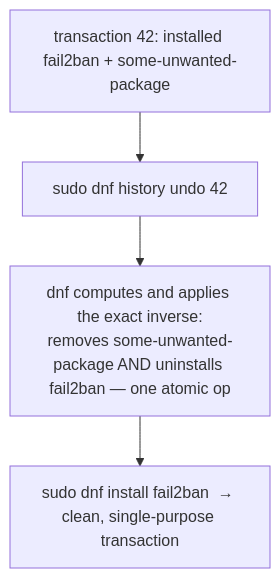
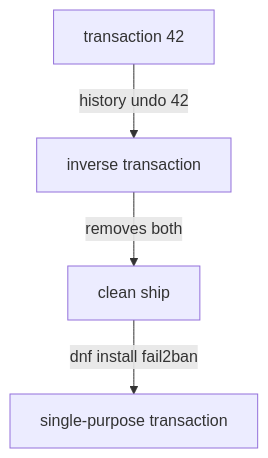
The diagram in sections/section-060/module-03/course-02-removing-and-history.md (astrona-io/ATS002), drawn with Mermaid before and after one commit. The commit also changed other lines of this file and 615 other files, not shown here.

````diff
--- a/sections/section-060/module-03/course-02-removing-and-history.md
+++ b/sections/section-060/module-03/course-02-removing-and-history.md
@@ -48,6 +64,6 @@
 ```mermaid
-flowchart TD
-    T["transaction 42: installed fail2ban + some-unwanted-package"] --> U["sudo dnf history undo 42"]
-    U --> INV["dnf computes and applies the exact inverse:<br/>removes some-unwanted-package AND uninstalls fail2ban — one atomic op"]
-    INV --> C["sudo dnf install fail2ban  → clean, single-purpose transaction"]
+flowchart TB
+    T["transaction 42"] -->|"history undo 42"| U["inverse transaction"]
+    U -->|"removes both"| C["clean ship"]
+    C -->|"dnf install fail2ban"| N["single-purpose transaction"]
 ```
````
